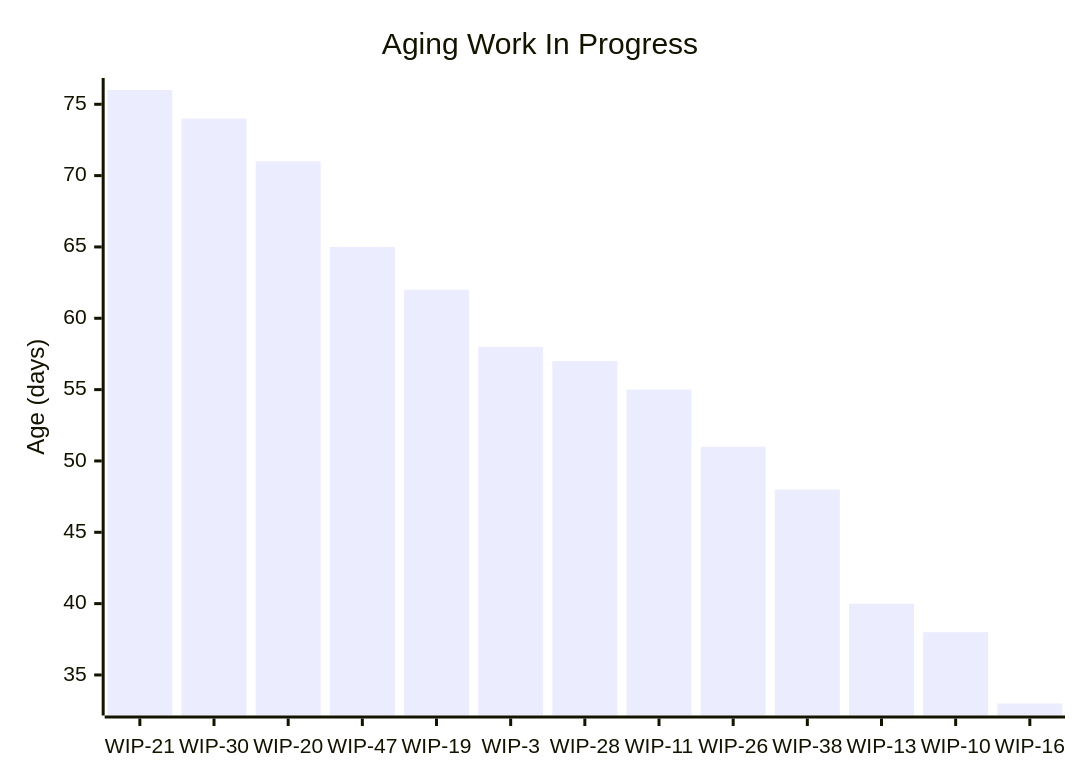
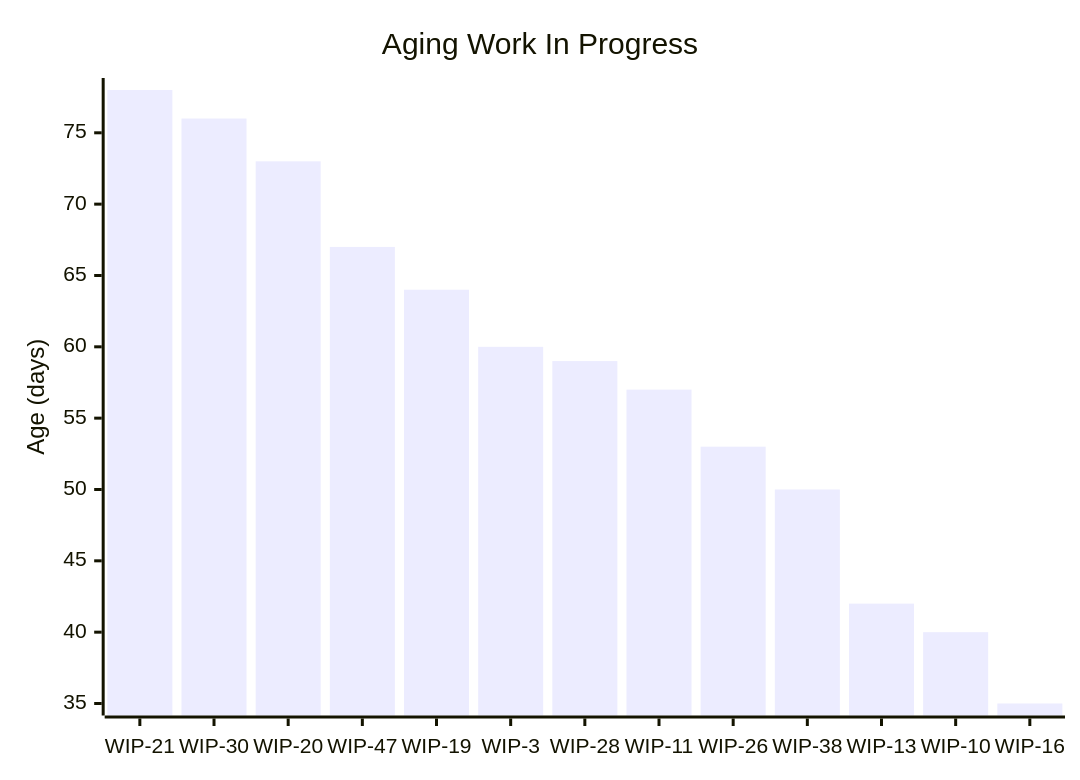
Before and after one commit to cbroult/predictability-engine: the first of 5 diagrams in data/samples/reports/sample_data_large/types/Task.md, drawn with Mermaid. The commit also changed other lines of this file and 73 other files, not shown here.

````diff
--- a/data/samples/reports/sample_data_large/types/Task.md
+++ b/data/samples/reports/sample_data_large/types/Task.md
@@ -30,7 +30,7 @@
 ```mermaid
 xychart-beta
     title "Aging Work In Progress"
     x-axis ["WIP-21", "WIP-30", "WIP-20", "WIP-47", "WIP-19", "WIP-3", "WIP-28", "WIP-11", "WIP-26", "WIP-38", "WIP-13", "WIP-10", "WIP-16"]
     y-axis "Age (days)"
-    bar "Age" [76, 74, 71, 65, 62, 58, 57, 55, 51, 48, 40, 38, 33]
+    bar "Age" [78, 76, 73, 67, 64, 60, 59, 57, 53, 50, 42, 40, 35]
 ```
````
